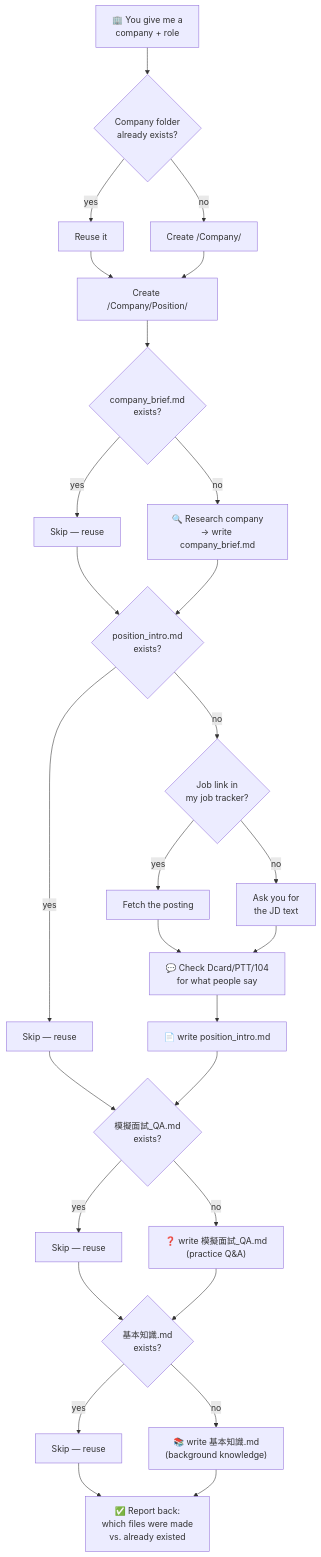
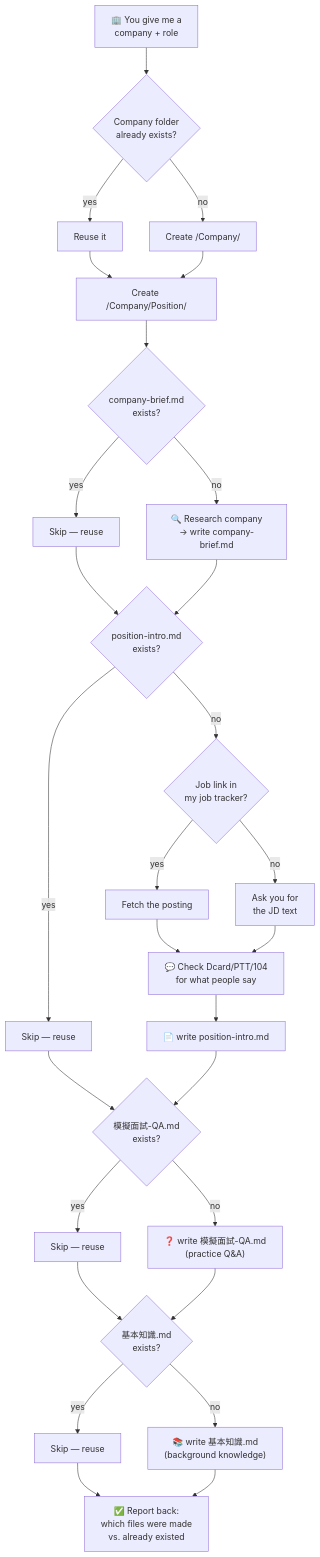
One commit to gordonrcwang-del/Joblander changed the diagram in interview-prep/WORKFLOW.md. Above: the diagram before and after it, drawn with Mermaid. The commit also changed other lines of this file and 12 other files, not shown here.

````diff
--- a/interview-prep/WORKFLOW.md
+++ b/interview-prep/WORKFLOW.md
@@ -3,35 +3,35 @@
 ```mermaid
 flowchart TD
     A["🏢 You give me a<br/>company + role"] --> B{"Company folder<br/>already exists?"}
     B -->|yes| C["Reuse it"]
     B -->|no| D["Create /Company/"]
     C --> E["Create /Company/Position/"]
     D --> E
 
-    E --> F{"company_brief.md<br/>exists?"}
+    E --> F{"company-brief.md<br/>exists?"}
     F -->|yes| G["Skip — reuse"]
-    F -->|no| H["🔍 Research company<br/>→ write company_brief.md"]
+    F -->|no| H["🔍 Research company<br/>→ write company-brief.md"]
 
     G --> I
-    H --> I{"position_intro.md<br/>exists?"}
+    H --> I{"position-intro.md<br/>exists?"}
     I -->|yes| J["Skip — reuse"]
     I -->|no| K{"Job link in<br/>my job tracker?"}
     K -->|yes| L["Fetch the posting"]
     K -->|no| M["Ask you for<br/>the JD text"]
     L --> N["💬 Check Dcard/PTT/104<br/>for what people say"]
     M --> N
-    N --> O["📄 write position_intro.md"]
+    N --> O["📄 write position-intro.md"]
 
     J --> P
-    O --> P{"模擬面試_QA.md<br/>exists?"}
+    O --> P{"模擬面試-QA.md<br/>exists?"}
     P -->|yes| Q["Skip — reuse"]
-    P -->|no| R["❓ write 模擬面試_QA.md<br/>(practice Q&A)"]
+    P -->|no| R["❓ write 模擬面試-QA.md<br/>(practice Q&A)"]
 
     Q --> S
     R --> S{"基本知識.md<br/>exists?"}
     S -->|yes| T["Skip — reuse"]
     S -->|no| U["📚 write 基本知識.md<br/>(background knowledge)"]
 
     T --> V["✅ Report back:<br/>which files were made<br/>vs. already existed"]
     U --> V
 ```
````
